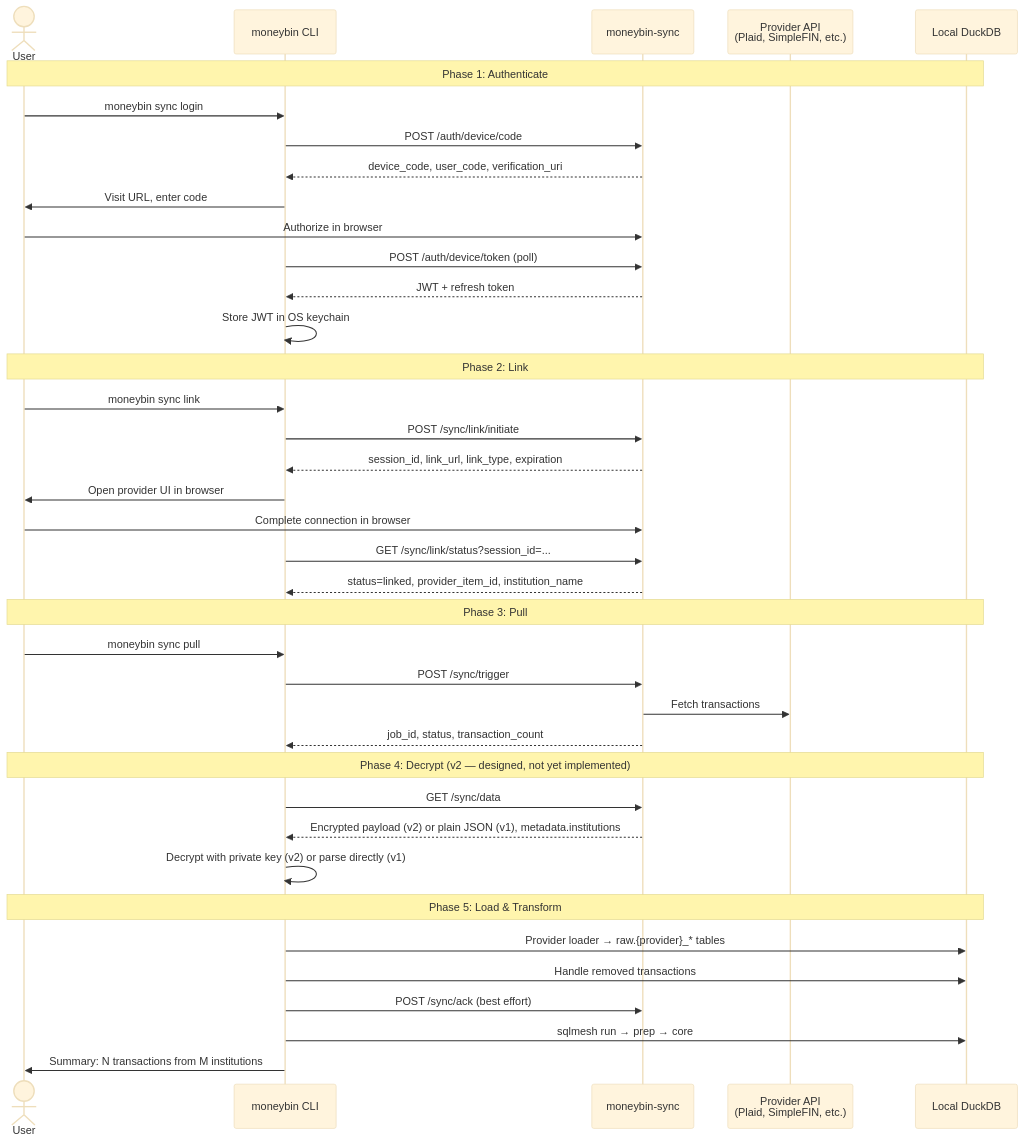
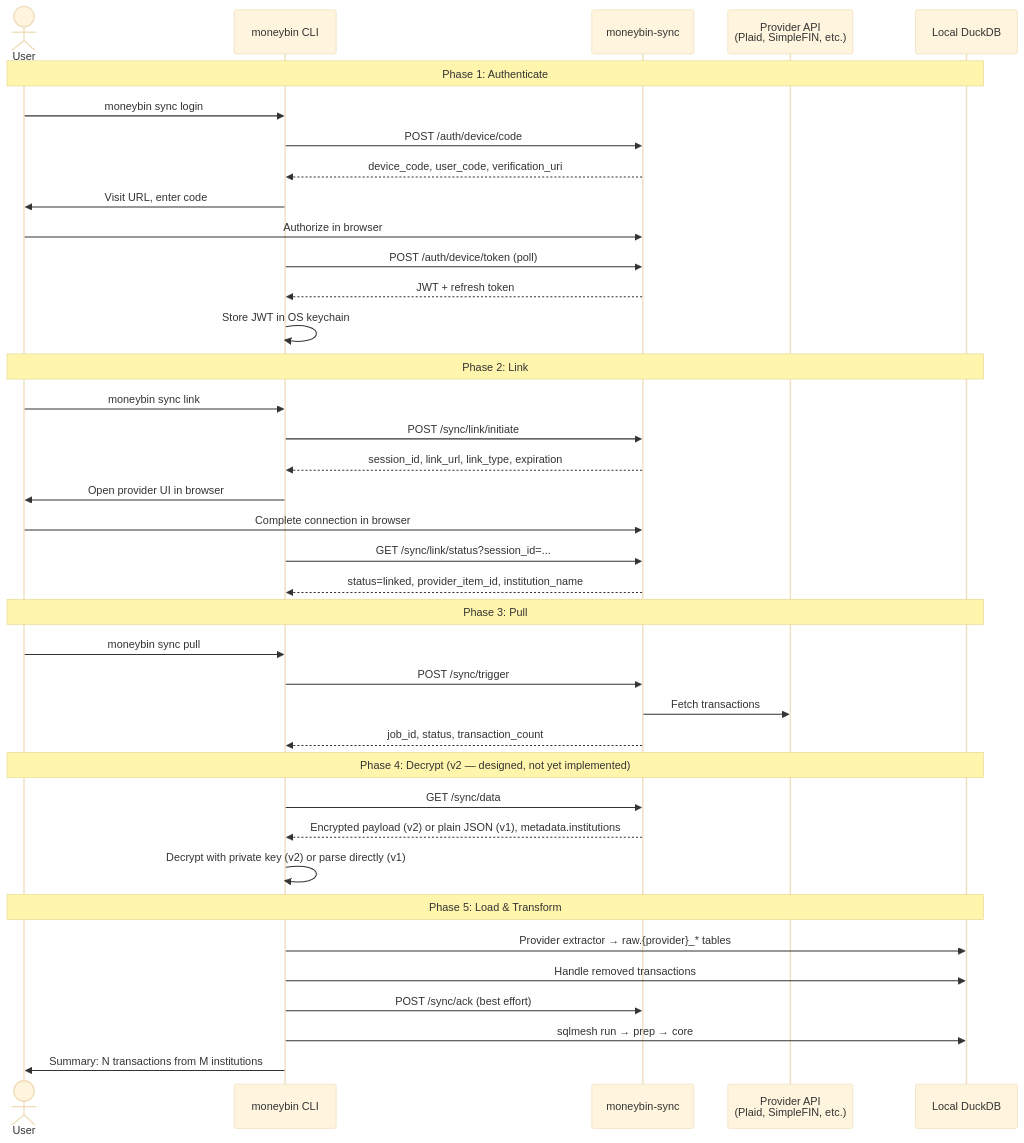
One commit to bsaffel/moneybin changed the first of 2 diagrams in docs/specs/sync-overview.md. Above: the diagram before and after it, drawn with Mermaid (base theme). The commit also changed other lines of this file and 3 other files, not shown here.

Commit message:
Reconcile sync contracts and link canonical schemas

````diff
--- a/docs/specs/sync-overview.md
+++ b/docs/specs/sync-overview.md
@@ -68,45 +68,45 @@
 ```mermaid
 sequenceDiagram
     actor User
     participant CLI as moneybin CLI
     participant Server as moneybin-sync
     participant Provider as Provider API<br/>(Plaid, SimpleFIN, etc.)
     participant DB as Local DuckDB
 
     Note over User,DB: Phase 1: Authenticate
     User->>CLI: moneybin sync login
     CLI->>Server: POST /auth/device/code
     Server-->>CLI: device_code, user_code, verification_uri
     CLI->>User: Visit URL, enter code
     User->>Server: Authorize in browser
     CLI->>Server: POST /auth/device/token (poll)
     Server-->>CLI: JWT + refresh token
     CLI->>CLI: Store JWT in OS keychain
 
     Note over User,DB: Phase 2: Link
     User->>CLI: moneybin sync link
     CLI->>Server: POST /sync/link/initiate
     Server-->>CLI: session_id, link_url, link_type, expiration
     CLI->>User: Open provider UI in browser
     User->>Server: Complete connection in browser
     CLI->>Server: GET /sync/link/status?session_id=...
     Server-->>CLI: status=linked, provider_item_id, institution_name
 
     Note over User,DB: Phase 3: Pull
     User->>CLI: moneybin sync pull
     CLI->>Server: POST /sync/trigger
     Server->>Provider: Fetch transactions
     Server-->>CLI: job_id, status, transaction_count
 
     Note over User,DB: Phase 4: Decrypt (v2 — designed, not yet implemented)
     CLI->>Server: GET /sync/data
     Server-->>CLI: Encrypted payload (v2) or plain JSON (v1), metadata.institutions
     CLI->>CLI: Decrypt with private key (v2) or parse directly (v1)
 
     Note over User,DB: Phase 5: Load & Transform
-    CLI->>DB: Provider loader → raw.{provider}_* tables
+    CLI->>DB: Provider extractor → raw.{provider}_* tables
     CLI->>DB: Handle removed transactions
     CLI->>Server: POST /sync/ack (best effort)
     CLI->>DB: sqlmesh run → prep → core
     CLI->>User: Summary: N transactions from M institutions
 ```
````
